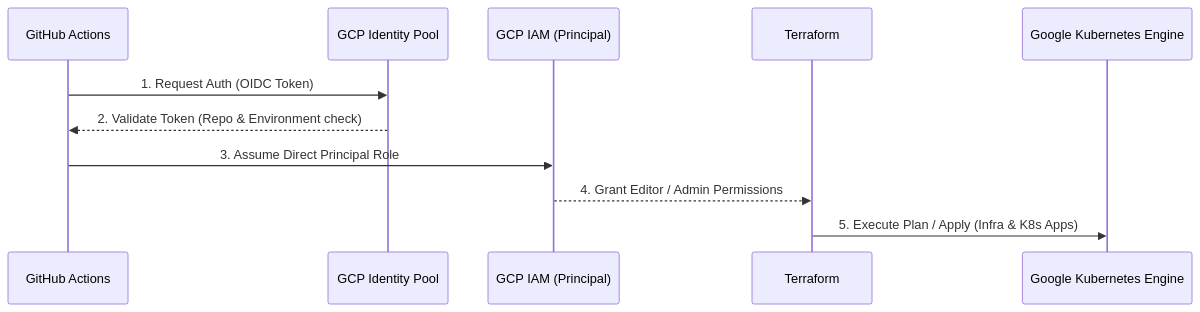
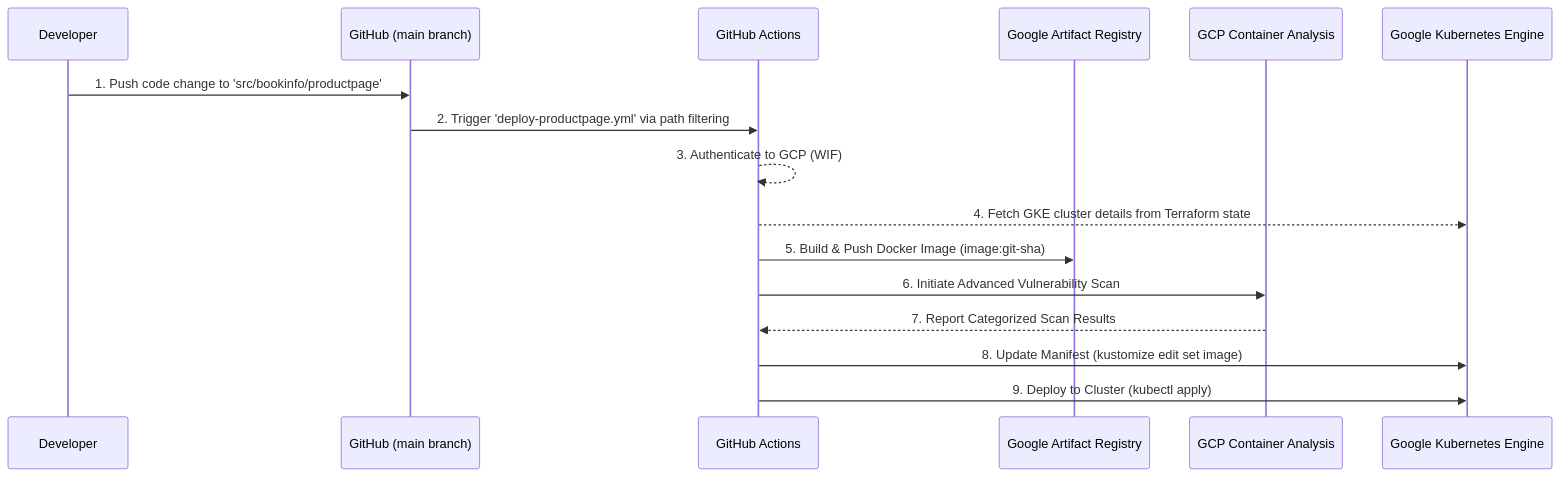
The diagram in README.md (luisalclo/kubernetes-cicd), drawn with Mermaid before and after one commit. The commit also changed other lines of this file, not shown here.

````diff
--- a/README.md
+++ b/README.md
@@ -50,14 +54,22 @@
 ```mermaid
 sequenceDiagram
-    participant GitHub as GitHub Actions
-    participant OIDC as GCP Identity Pool
-    participant IAM as GCP IAM (Principal)
-    participant TF as Terraform
+    participant Dev as Developer
+    participant GH as GitHub (main branch)
+    participant GHA as GitHub Actions
+    participant GAR as Google Artifact Registry
+    participant GCA as GCP Container Analysis
     participant GKE as Google Kubernetes Engine
 
-    GitHub->>OIDC: 1. Request Auth (OIDC Token)
-    OIDC-->>GitHub: 2. Validate Token (Repo & Environment check)
-    GitHub->>IAM: 3. Assume Direct Principal Role
-    IAM-->>TF: 4. Grant Editor / Admin Permissions
-    TF->>GKE: 5. Execute Plan / Apply (Infra & K8s Apps)
+    Dev->>GH: 1. Push code change to 'src/bookinfo/productpage'
+    GH->>GHA: 2. Trigger 'deploy-productpage.yml' via path filtering
+    
+    GHA-->>GHA: 3. Authenticate to GCP (WIF)
+    GHA-->>GKE: 4. Fetch GKE cluster details from Terraform state
+    
+    GHA->>GAR: 5. Build & Push Docker Image (image:git-sha)
+    GHA->>GCA: 6. Initiate Advanced Vulnerability Scan
+    GCA-->>GHA: 7. Report Categorized Scan Results
+    
+    GHA->>GKE: 8. Update Manifest (kustomize edit set image)
+    GHA->>GKE: 9. Deploy to Cluster (kubectl apply)
 ```
````
